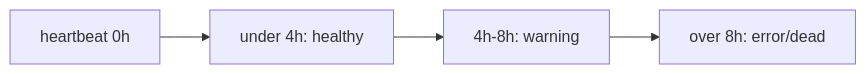
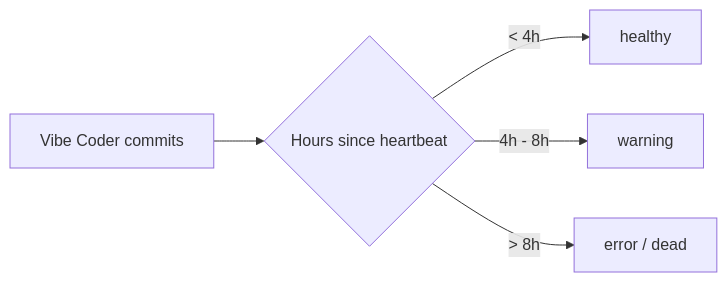
One commit to stSoftwareAU/GRQ-health changed the diagram in docs/pr-summary-118.md. Above: the diagram before and after it, drawn with Mermaid. The commit also changed other lines of this file and 1 other file, not shown here.

First line of the commit message:
Raise Vibe Coder warning threshold from 2h to 4h (#118)

````diff
--- a/docs/pr-summary-118.md
+++ b/docs/pr-summary-118.md
@@ -21,6 +24,7 @@
 ```mermaid
 flowchart LR
-    A[heartbeat 0h] --> B[under 4h: healthy]
-    B --> C[4h-8h: warning]
-    C --> D[over 8h: error/dead]
+    A[Vibe Coder commits] --> B{Hours since heartbeat}
+    B -->|< 4h| C[healthy]
+    B -->|4h - 8h| D[warning]
+    B -->|> 8h| E[error / dead]
 ```
````
